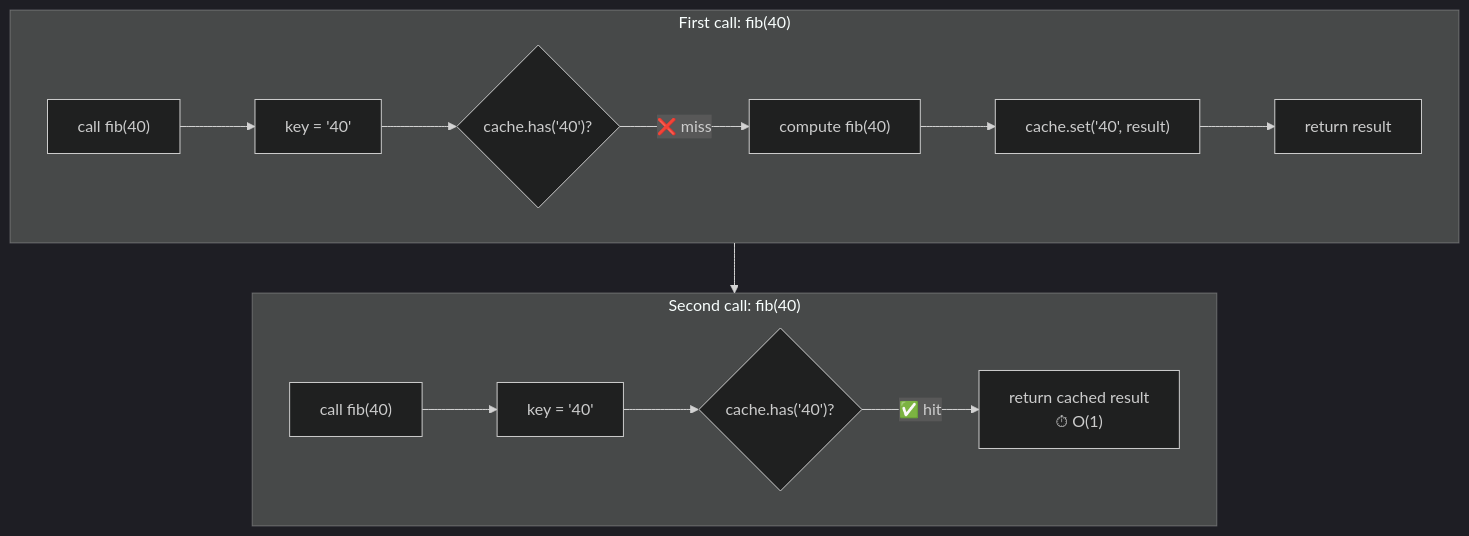
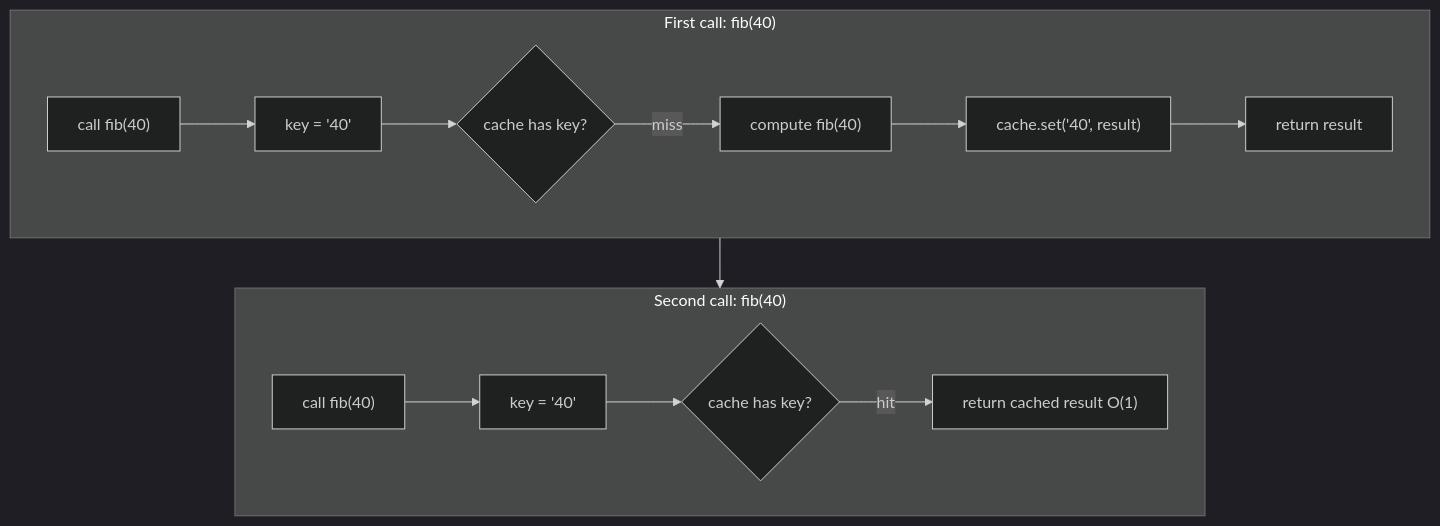
One commit to ashishxcode/frontend-internals changed the third of 3 diagrams in packages/content/content/28-javascript-coding-problems.mdx. Above: the diagram before and after it, drawn with Mermaid (dark theme). The commit also changed other lines of this file and 29 other files, not shown here.

Commit message:
rewrite: roadmap engineer-to-engineer + all 34 chapters new spec

````diff
--- a/packages/content/content/28-javascript-coding-problems.mdx
+++ b/packages/content/content/28-javascript-coding-problems.mdx
@@ -517,18 +84,16 @@
 ```mermaid
 flowchart TB
   subgraph First["First call: fib(40)"]
     C1["call fib(40)"] --> K1["key = '40'"]
-    K1 --> Q1{"cache.has('40')?"}
-    Q1 -->|"❌ miss"| Comp["compute fib(40)"]
+    K1 --> Q1{"cache has key?"}
+    Q1 -->|"miss"| Comp["compute fib(40)"]
     Comp --> Store["cache.set('40', result)"]
     Store --> Ret1["return result"]
   end
-
   subgraph Second["Second call: fib(40)"]
     C2["call fib(40)"] --> K2["key = '40'"]
-    K2 --> Q2{"cache.has('40')?"}
-    Q2 -->|"✅ hit"| Ret2["return cached result<br/>⏱ O(1)"]
+    K2 --> Q2{"cache has key?"}
+    Q2 -->|"hit"| Ret2["return cached result O(1)"]
   end
-
   First --> Second
 ```
````
